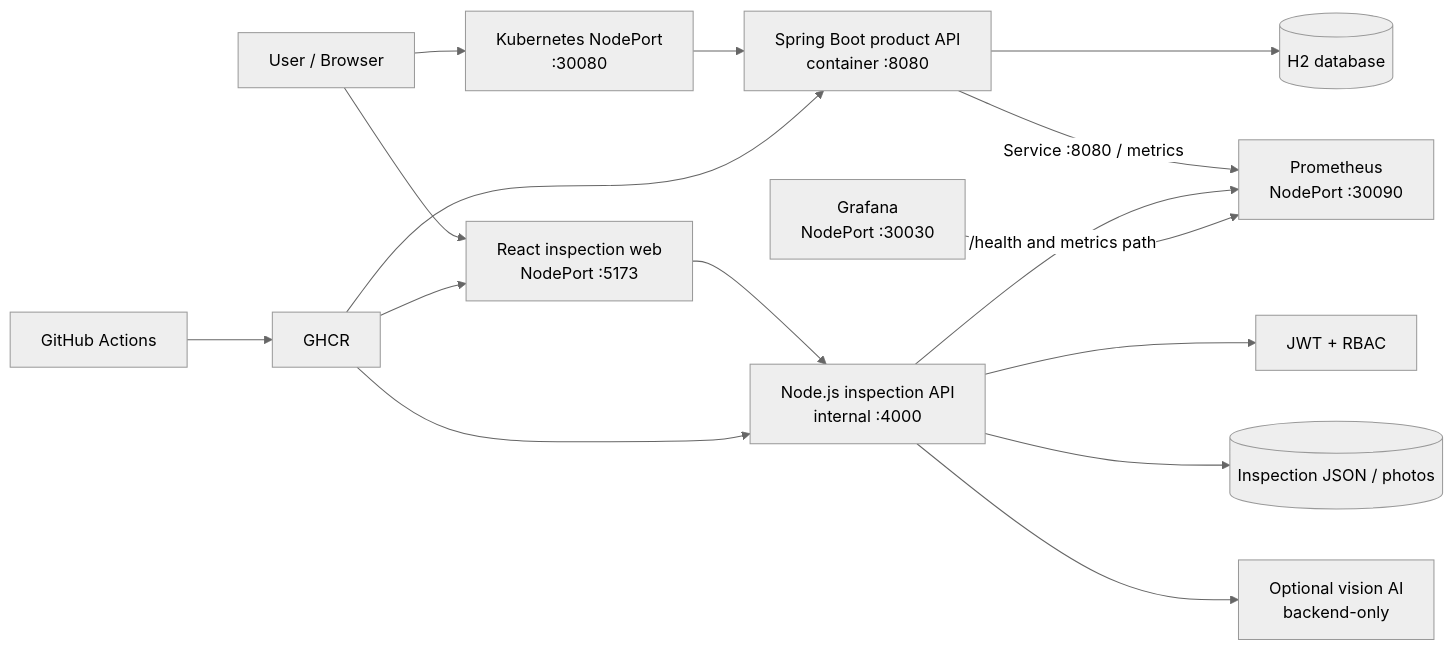
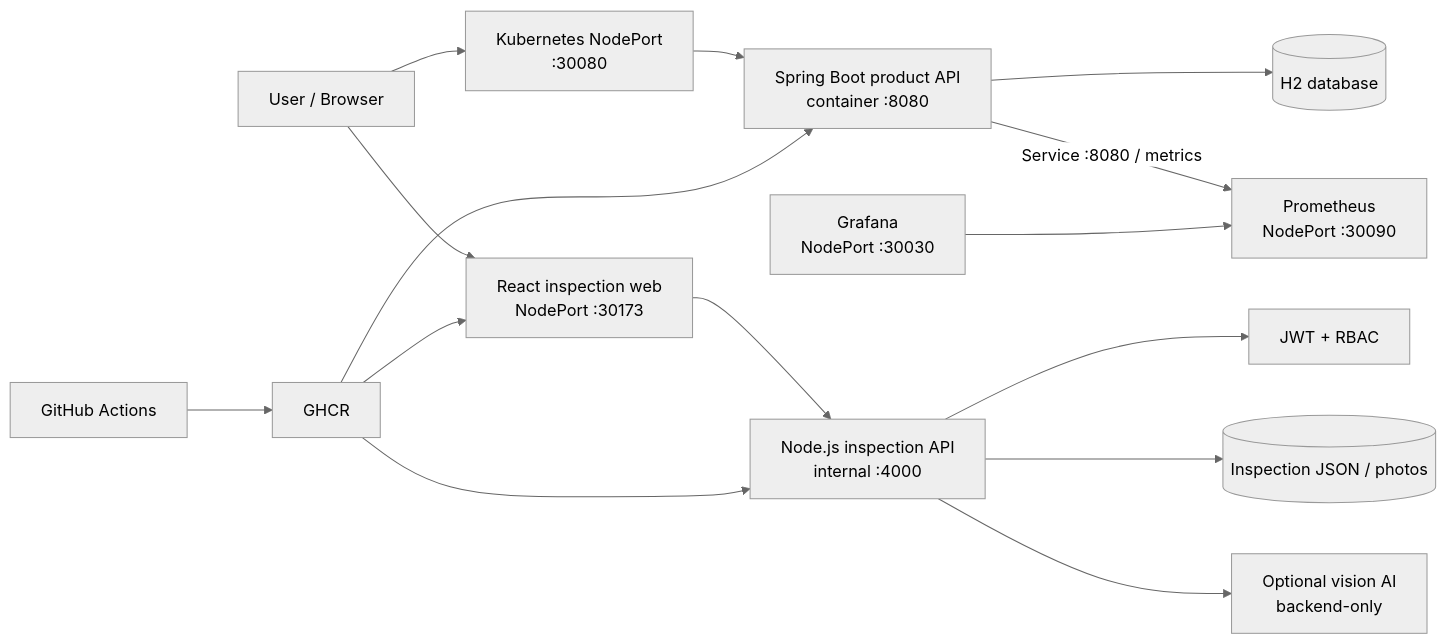
One commit to ChrisWu365/java-maven-crud-cicd changed the diagram in README.md. Above: the diagram before and after it, drawn with Mermaid (neutral theme). The commit also changed other lines of this file and 4 other files, not shown here.

````diff
--- a/README.md
+++ b/README.md
@@ -43,18 +43,17 @@
 ```mermaid
 flowchart LR
-    User[User / Browser] --> Web[React inspection web<br/>NodePort :5173]
+    User[User / Browser] --> Web[React inspection web<br/>NodePort :30173]
     Web --> API[Node.js inspection API<br/>internal :4000]
     API --> Auth[JWT + RBAC]
     API --> InspectionData[(Inspection JSON / photos)]
     API --> AI[Optional vision AI<br/>backend-only]
     User --> K8s[Kubernetes NodePort<br/>:30080]
     K8s --> App[Spring Boot product API<br/>container :8080]
     App --> H2[(H2 database)]
     App -- Service :8080 / metrics --> Prom[Prometheus<br/>NodePort :30090]
-    API -- /health and metrics path --> Prom
     Graf[Grafana<br/>NodePort :30030] --> Prom
     CI[GitHub Actions] --> Registry[GHCR]
     Registry --> App
     Registry --> Web
     Registry --> API
 ```
````
